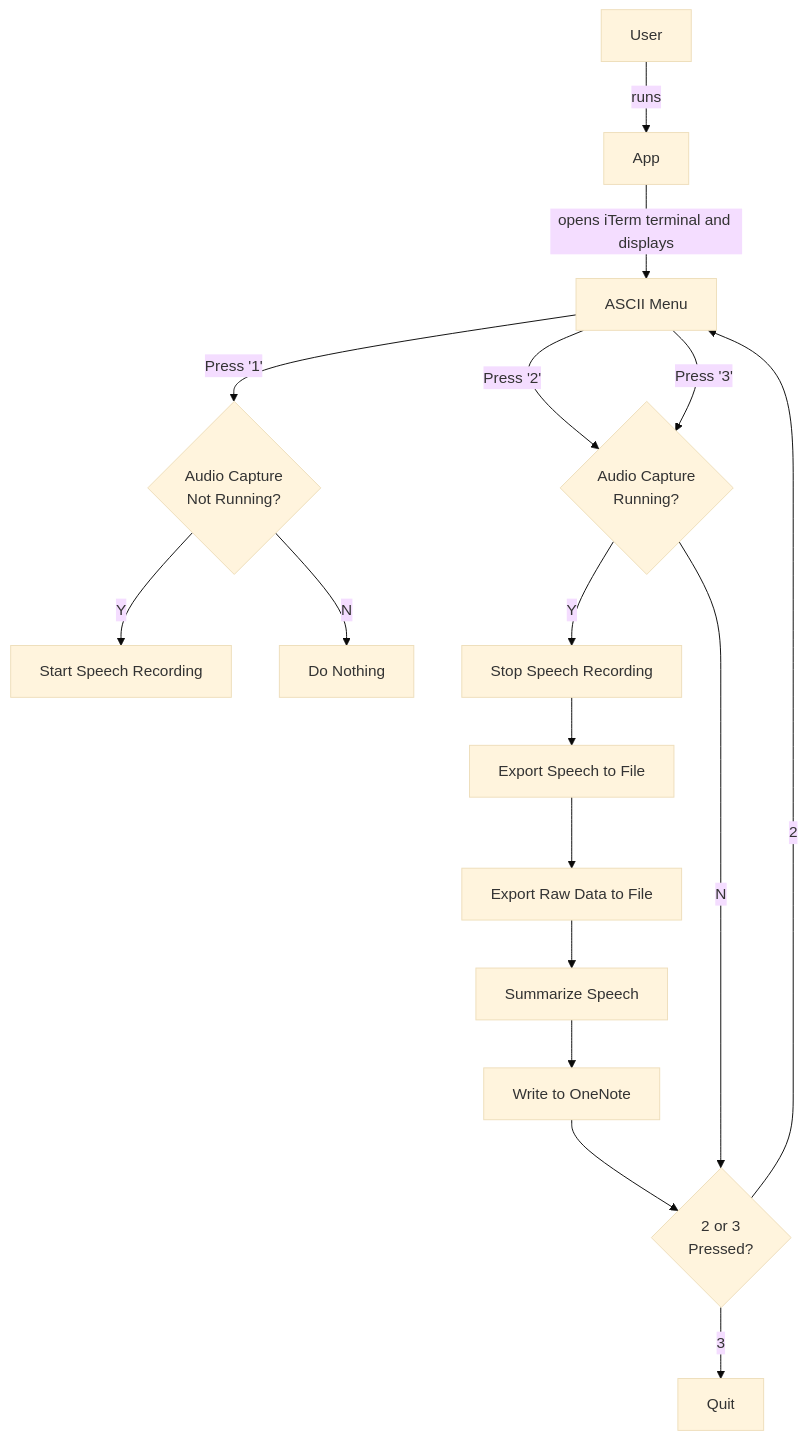
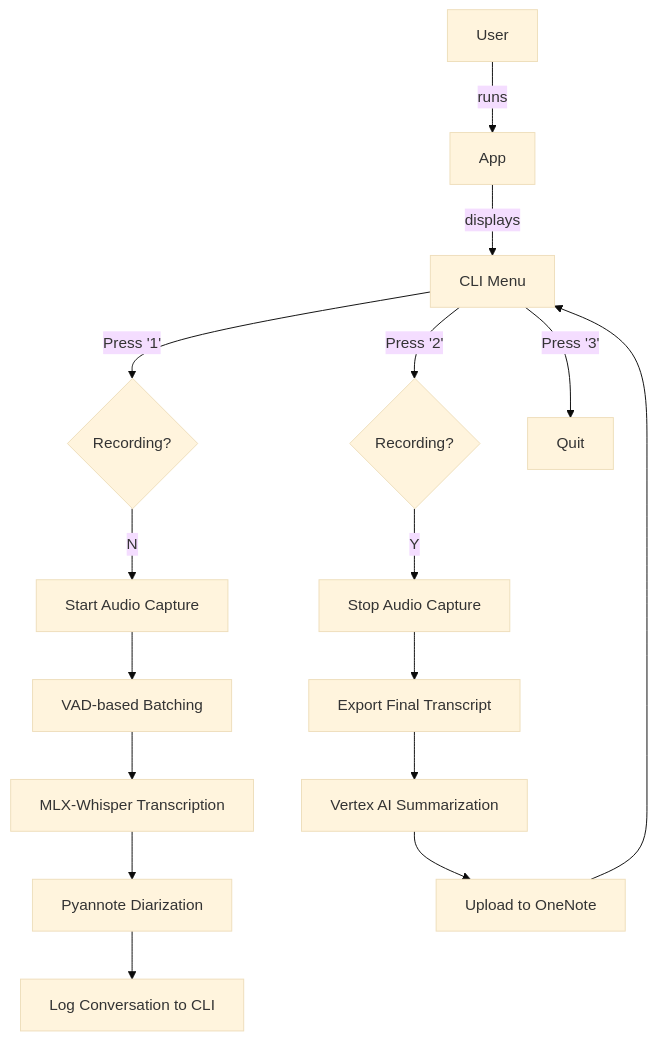
Before and after one commit to choonchernlim/you-talk-too-much-app: the diagram in README.md, drawn with Mermaid (base theme). The commit also changed other lines of this file and 8 other files, not shown here.

````diff
--- a/README.md
+++ b/README.md
@@ -17,24 +63,21 @@
 ```mermaid
 flowchart TD
     A[User] -- runs --> APP[App]
-    APP -- opens iTerm terminal and displays --> MENU[ASCII Menu]
+    APP -- displays --> MENU[CLI Menu]
 
-    MENU -- Press '1' --> DEC1{Audio Capture\nNot Running?}
-    DEC1 -- Y --> 1A[Start Speech Recording]
-    DEC1 -- N --> 1B[Do Nothing]
+    MENU -- Press '1' --> DEC1{Recording?}
+    DEC1 -- N --> 1A[Start Audio Capture]
+    1A --> 1B[VAD-based Batching]
+    1B --> 1C[MLX-Whisper Transcription]
+    1C --> 1D[Pyannote Diarization]
+    1D --> 1E[Log Conversation to CLI]
 
-    MENU -- Press '2' --> DEC2{Audio Capture\n Running?}
+    MENU -- Press '2' --> DEC2{Recording?}
+    DEC2 -- Y --> 2A[Stop Audio Capture]
+    2A --> 2B[Export Final Transcript]
+    2B --> 2C[Vertex AI Summarization]
+    2C --> 2D[Upload to OneNote]
+    2D --> MENU
 
-    DEC2 -- Y --> 2A[Stop Speech Recording]
-    2A --> 2B[Export Speech to File]
-    2B --> 2C[Export Raw Data to File]
-    2C --> 2D[Summarize Speech]
-    2D --> 2E[Write to OneNote]
-    2E --> DEC3{2 or 3 \nPressed?}
-    DEC3 -- 2 --> MENU
-    DEC3 -- 3 --> 3A[Quit]
-
-    DEC2 -- N --> DEC3
-
-    MENU -- Press '3' --> DEC2
+    MENU -- Press '3' --> 3A[Quit]
 ```
````
